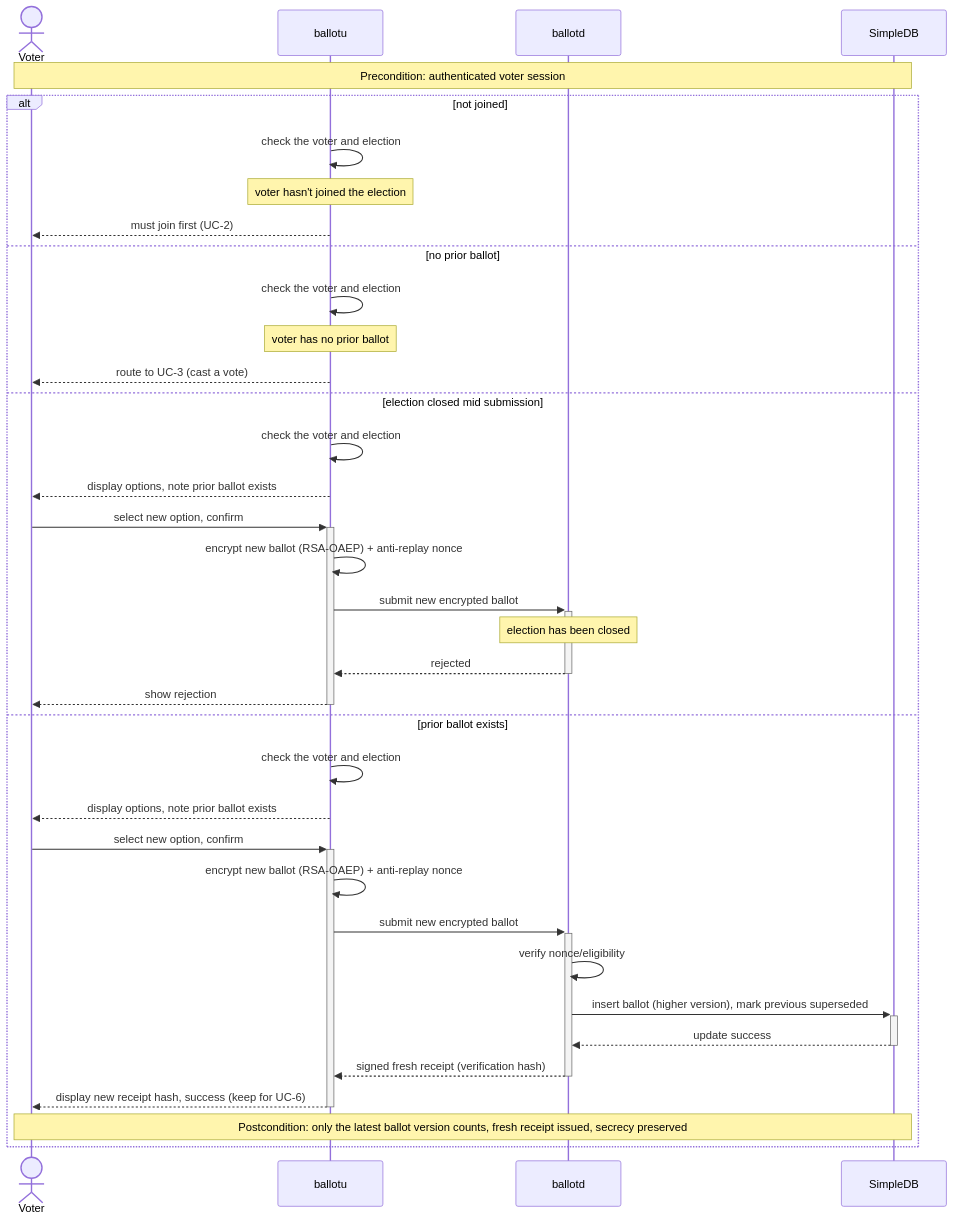
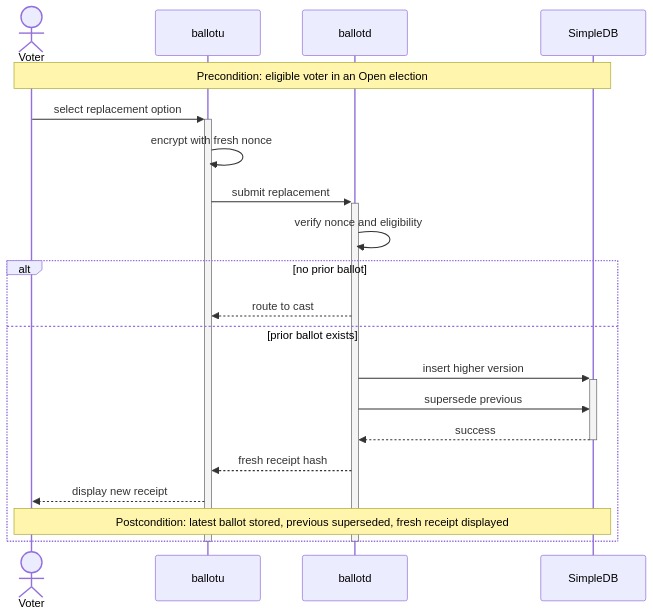
One commit to JediNakDev/ballotbox changed the sixth of 8 diagrams in README.md. Above: the diagram before and after it, drawn with Mermaid. The commit also changed other lines of this file and 1 other file, not shown here.

````diff
--- a/README.md
+++ b/README.md
@@ -308,40 +321,24 @@
 ```mermaid
 sequenceDiagram
-    actor Voter
-    participant ballotu
-    participant ballotd
-    participant SimpleDB
-
-    note over Voter, SimpleDB: Precondition: authenticated voter session
-
-    alt not joined
-        ballotu->>ballotu: check the voter and election
-        note over ballotu: voter hasn't joined the election
-        ballotu-->>Voter: must join first (UC-2)
-    else no prior ballot
-        ballotu->>ballotu: check the voter and election
-        note over ballotu: voter has no prior ballot
-        ballotu-->>Voter: route to UC-3 (cast a vote)
-    else election closed mid submission
-        ballotu->>ballotu: check the voter and election
-        ballotu-->>Voter: display options, note prior ballot exists
-        Voter->>+ballotu: select new option, confirm
-        ballotu->>ballotu: encrypt new ballot (RSA-OAEP) + anti-replay nonce
-        ballotu->>+ballotd: submit new encrypted ballot
-        note over ballotd: election has been closed
-        ballotd-->>-ballotu: rejected
-        ballotu-->>-Voter: show rejection
-    else prior ballot exists
-        ballotu->>ballotu: check the voter and election
-        ballotu-->>Voter: display options, note prior ballot exists
-        Voter->>+ballotu: select new option, confirm
-        ballotu->>ballotu: encrypt new ballot (RSA-OAEP) + anti-replay nonce
-        ballotu->>+ballotd: submit new encrypted ballot
-        ballotd->>ballotd: verify nonce/eligibility
-        ballotd->>+SimpleDB: insert ballot (higher version), mark previous superseded
-        SimpleDB-->>-ballotd: update success
-        ballotd-->>-ballotu: signed fresh receipt (verification hash)
-        ballotu-->>-Voter: display new receipt hash, success (keep for UC-6)
-        note over Voter,SimpleDB: Postcondition: only the latest ballot version counts, fresh receipt issued, secrecy preserved
-    end
+actor Voter
+participant ballotu
+participant ballotd
+participant SimpleDB
+note over Voter,SimpleDB: Precondition: eligible voter in an Open election
+Voter->>+ballotu: select replacement option
+ballotu->>ballotu: encrypt with fresh nonce
+ballotu->>+ballotd: submit replacement
+ballotd->>ballotd: verify nonce and eligibility
+alt no prior ballot
+ballotd-->>ballotu: route to cast
+else prior ballot exists
+ballotd->>+SimpleDB: insert higher version
+ballotd->>SimpleDB: supersede previous
+SimpleDB-->>-ballotd: success
+ballotd-->>ballotu: fresh receipt hash
+ballotu-->>Voter: display new receipt
+note over Voter,SimpleDB: Postcondition: latest ballot stored, previous superseded, fresh receipt displayed
+end
+deactivate ballotd
+deactivate ballotu
 ```
````
